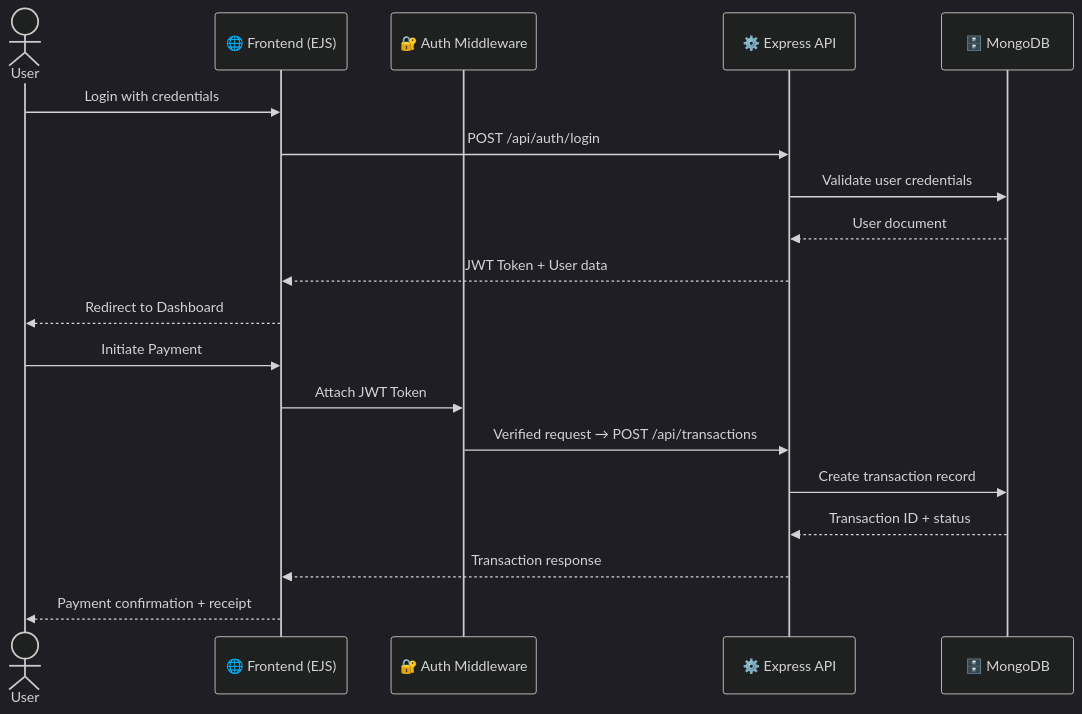
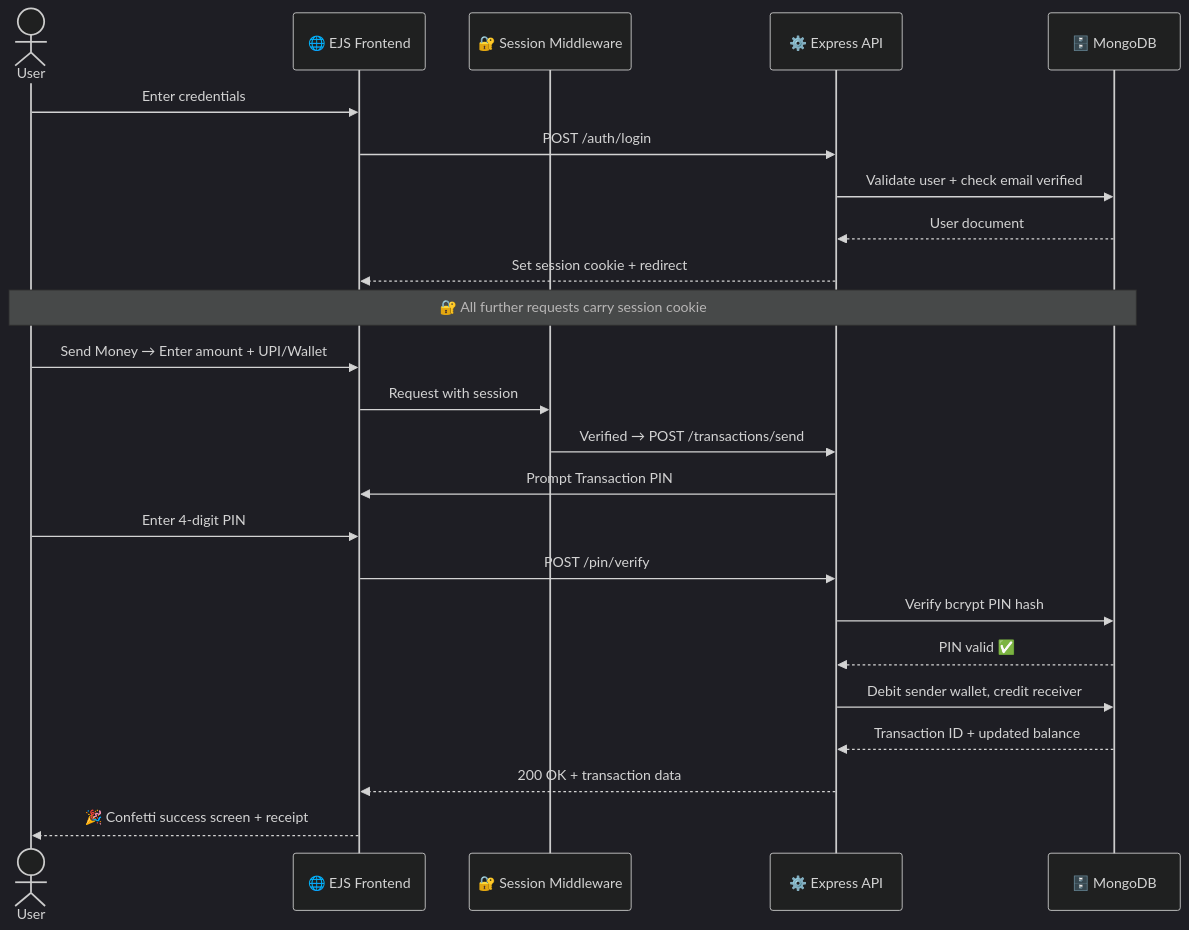
One commit to lucifers-0666/ZenoPay-V1 changed the second of 4 diagrams in README.md. Above: the diagram before and after it, drawn with Mermaid (dark theme). The commit also changed other lines of this file, not shown here.

````diff
--- a/README.md
+++ b/README.md
@@ -166,23 +167,29 @@
 ```mermaid
 sequenceDiagram
     actor User
-    participant Frontend as 🌐 Frontend (EJS)
-    participant Auth as 🔐 Auth Middleware
+    participant UI as 🌐 EJS Frontend
+    participant MW as 🔐 Session Middleware
     participant API as ⚙️ Express API
     participant DB as 🗄️ MongoDB
 
-    User->>Frontend: Login with credentials
-    Frontend->>API: POST /api/auth/login
-    API->>DB: Validate user credentials
+    User->>UI: Enter credentials
+    UI->>API: POST /auth/login
+    API->>DB: Validate user + check email verified
     DB-->>API: User document
-    API-->>Frontend: JWT Token + User data
-    Frontend-->>User: Redirect to Dashboard
+    API-->>UI: Set session cookie + redirect
 
-    User->>Frontend: Initiate Payment
-    Frontend->>Auth: Attach JWT Token
-    Auth->>API: Verified request → POST /api/transactions
-    API->>DB: Create transaction record
-    DB-->>API: Transaction ID + status
-    API-->>Frontend: Transaction response
-    Frontend-->>User: Payment confirmation + receipt
+    Note over User,DB: 🔐 All further requests carry session cookie
+
+    User->>UI: Send Money → Enter amount + UPI/Wallet
+    UI->>MW: Request with session
+    MW->>API: Verified → POST /transactions/send
+    API->>UI: Prompt Transaction PIN
+    User->>UI: Enter 4-digit PIN
+    UI->>API: POST /pin/verify
+    API->>DB: Verify bcrypt PIN hash
+    DB-->>API: PIN valid ✅
+    API->>DB: Debit sender wallet, credit receiver
+    DB-->>API: Transaction ID + updated balance
+    API-->>UI: 200 OK + transaction data
+    UI-->>User: 🎉 Confetti success screen + receipt
 ```
````
